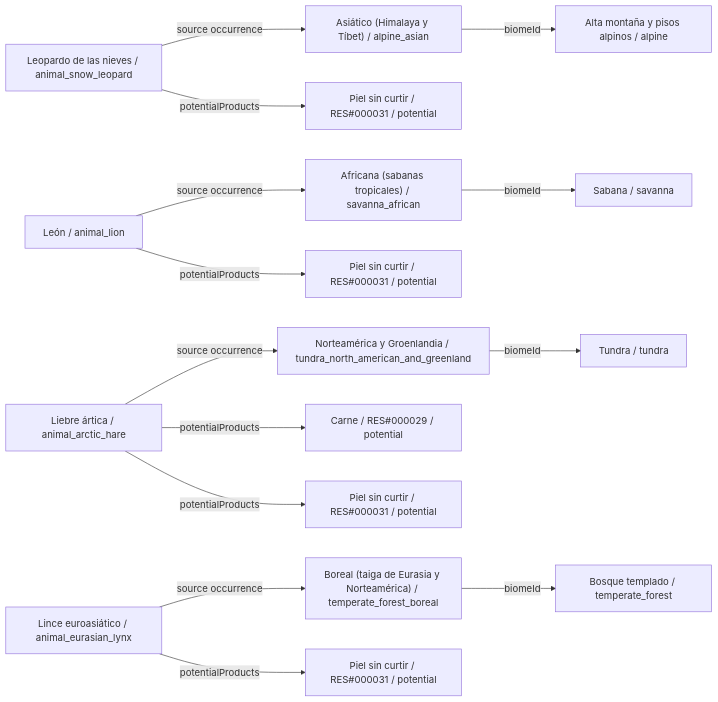
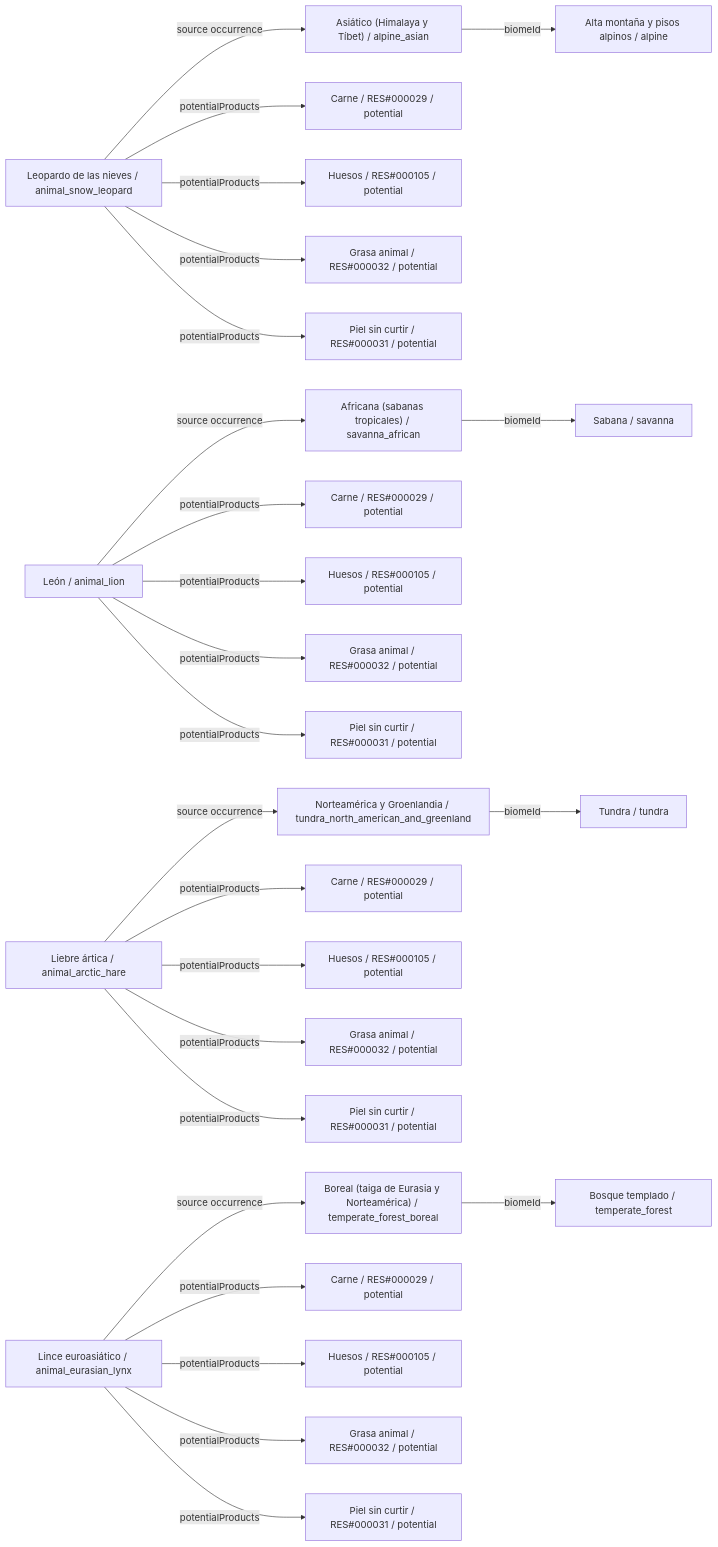
Diagram 14 of 26 in data/animals/DIAGRAMS.es.md (fgabo404/EvolveDoc), drawn with Mermaid before and after one commit. The commit also changed other lines of this file and 44 other files, not shown here.

````diff
--- a/data/animals/DIAGRAMS.es.md
+++ b/data/animals/DIAGRAMS.es.md
@@ -712,33 +1010,55 @@
 ```mermaid
 flowchart LR
     c0["Leopardo de las nieves / animal_snow_leopard"]
     v24["Asiático (Himalaya y Tíbet) / alpine_asian"]
     b6["Alta montaña y pisos alpinos / alpine"]
-    o0_0["Piel sin curtir / RES#000031 / potential"]
+    o0_0["Carne / RES#000029 / potential"]
+    o0_1["Huesos / RES#000105 / potential"]
+    o0_2["Grasa animal / RES#000032 / potential"]
+    o0_3["Piel sin curtir / RES#000031 / potential"]
     c1["León / animal_lion"]
     v11["Africana (sabanas tropicales) / savanna_african"]
     b3["Sabana / savanna"]
-    o1_0["Piel sin curtir / RES#000031 / potential"]
+    o1_0["Carne / RES#000029 / potential"]
+    o1_1["Huesos / RES#000105 / potential"]
+    o1_2["Grasa animal / RES#000032 / potential"]
+    o1_3["Piel sin curtir / RES#000031 / potential"]
     c2["Liebre ártica / animal_arctic_hare"]
     v8["Norteamérica y Groenlandia / tundra_north_american_and_greenland"]
     b2["Tundra / tundra"]
     o2_0["Carne / RES#000029 / potential"]
-    o2_1["Piel sin curtir / RES#000031 / potential"]
+    o2_1["Huesos / RES#000105 / potential"]
+    o2_2["Grasa animal / RES#000032 / potential"]
+    o2_3["Piel sin curtir / RES#000031 / potential"]
     c3["Lince euroasiático / animal_eurasian_lynx"]
     v7["Boreal (taiga de Eurasia y Norteamérica) / temperate_forest_boreal"]
     b1["Bosque templado / temperate_forest"]
-    o3_0["Piel sin curtir / RES#000031 / potential"]
+    o3_0["Carne / RES#000029 / potential"]
+    o3_1["Huesos / RES#000105 / potential"]
+    o3_2["Grasa animal / RES#000032 / potential"]
+    o3_3["Piel sin curtir / RES#000031 / potential"]
     c0 -->|potentialProducts| o0_0
+    c0 -->|potentialProducts| o0_1
+    c0 -->|potentialProducts| o0_2
+    c0 -->|potentialProducts| o0_3
     c0 -->|source occurrence| v24
     c1 -->|potentialProducts| o1_0
+    c1 -->|potentialProducts| o1_1
+    c1 -->|potentialProducts| o1_2
+    c1 -->|potentialProducts| o1_3
     c1 -->|source occurrence| v11
     c2 -->|potentialProducts| o2_0
     c2 -->|potentialProducts| o2_1
+    c2 -->|potentialProducts| o2_2
+    c2 -->|potentialProducts| o2_3
     c2 -->|source occurrence| v8
     c3 -->|potentialProducts| o3_0
+    c3 -->|potentialProducts| o3_1
+    c3 -->|potentialProducts| o3_2
+    c3 -->|potentialProducts| o3_3
     c3 -->|source occurrence| v7
     v11 -->|biomeId| b3
     v24 -->|biomeId| b6
     v7 -->|biomeId| b1
     v8 -->|biomeId| b2
 ```
````
